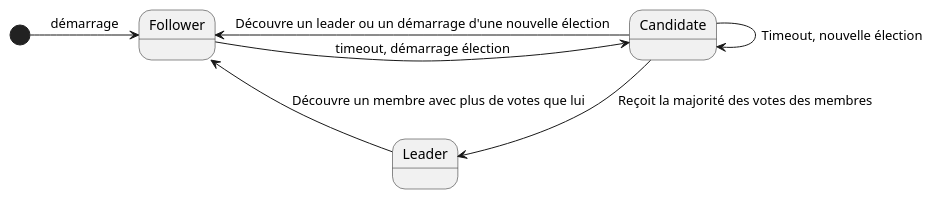
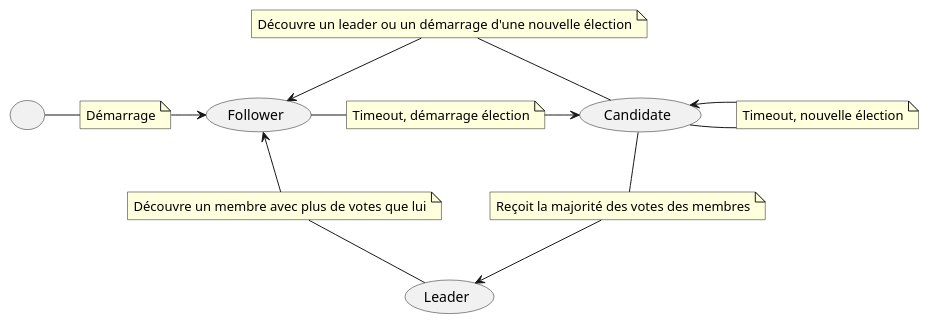
The diagram in diagrams/030-raft-consensus.puml (sylvainmetayer/talk-k8s-2-az), drawn with PlantUML before and after one commit. The commit also changed 16 other files, not shown here.

```diff
--- a/diagrams/030-raft-consensus.puml
+++ b/diagrams/030-raft-consensus.puml
@@ -1,10 +1,23 @@
 @startuml
 
-[*] -> Follower: démarrage
-Follower -> Candidate : timeout, démarrage élection
-Candidate -> Candidate: Timeout, nouvelle élection
-Candidate --> Leader: Reçoit la majorité des votes des membres
-Leader -> Follower: Découvre un membre avec plus de votes que lui
-Candidate -> Follower: Découvre un leader ou un démarrage d'une nouvelle élection
+note "Démarrage" as start
+note "Timeout, démarrage élection" as timeout
+note "Timeout, nouvelle élection" as newelec
+note "Reçoit la majorité des votes des membres" as elected
+note "Découvre un membre avec plus de votes que lui" as rejected
+note "Découvre un leader ou un démarrage d'une nouvelle élection" as goback
+
+( ) -right- start
+start -right-> (Follower)
+(Follower) -right- timeout
+timeout -right-> (Candidate)
+(Candidate) -right- newelec
+newelec -left-> (Candidate)
+(Candidate) -down- elected
+elected -down-> (Leader)
+(Leader) -up- rejected
+rejected -up-> (Follower)
+(Candidate) -up- goback
+goback -down-> (Follower)
 
 @enduml
```
